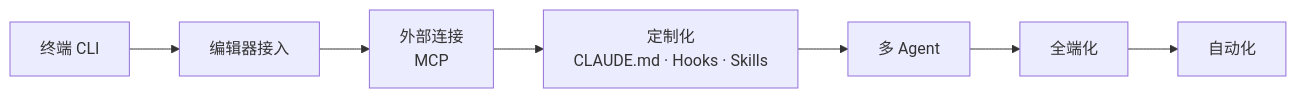
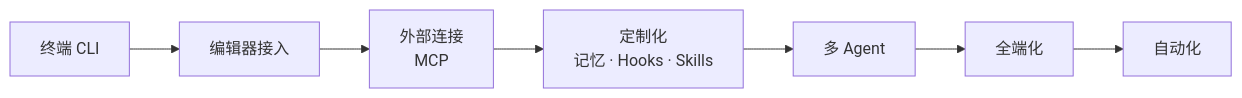
Before and after one commit to tim-1992/tims-notes: the diagram in src/content/blog/zh-ai-tools.md, drawn with Mermaid. The commit also changed other lines of this file and 1 other file, not shown here.

```diff
--- a/src/content/blog/zh-ai-tools.md
+++ b/src/content/blog/zh-ai-tools.md
@@ -95,4 +126,4 @@
 <pre class="mermaid">
 flowchart LR
-  A[终端 CLI] --> B[编辑器接入] --> C["外部连接<br/>MCP"] --> D["定制化<br/>CLAUDE.md · Hooks · Skills"] --> E[多 Agent] --> F[全端化] --> G[自动化]
+  A["终端 CLI"] --> B["编辑器接入"] --> C["外部连接<br/>MCP"] --> D["定制化<br/>记忆 · Hooks · Skills"] --> E["多 Agent"] --> F["全端化"] --> G["自动化"]
 </pre>
```
